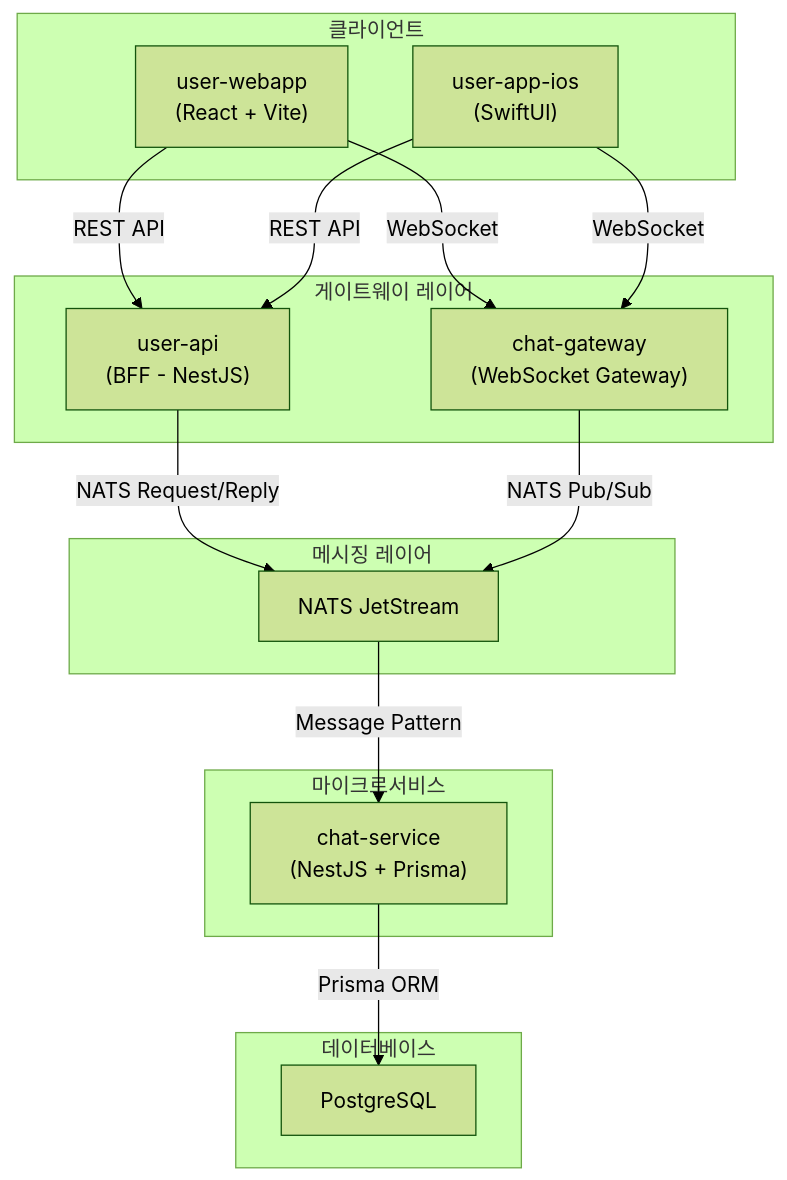
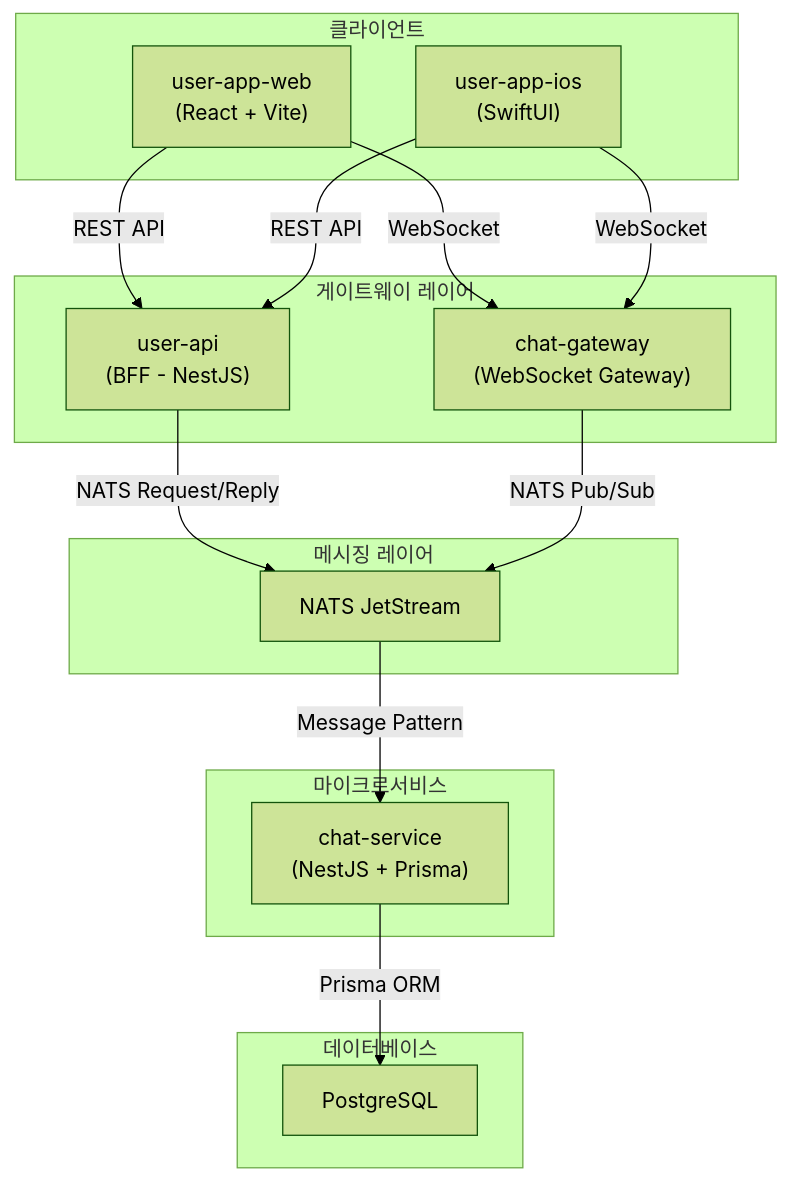
One commit to uniyous/parkgolf-platform changed the first of 14 diagrams in docs/CHAT_WORKFLOW.md. Above: the diagram before and after it, drawn with Mermaid (forest theme). The commit also changed other lines of this file and 124 other files, not shown here.

First line of the commit message:
refactor: user-webapp → user-app-web 이름 변경

````diff
--- a/docs/CHAT_WORKFLOW.md
+++ b/docs/CHAT_WORKFLOW.md
@@ -19,35 +19,35 @@
 ```mermaid
 flowchart TB
     subgraph Clients["클라이언트"]
-        WEB["user-webapp<br/>(React + Vite)"]
+        WEB["user-app-web<br/>(React + Vite)"]
         IOS["user-app-ios<br/>(SwiftUI)"]
     end
 
     subgraph Gateway["게이트웨이 레이어"]
         BFF["user-api<br/>(BFF - NestJS)"]
         WSG["chat-gateway<br/>(WebSocket Gateway)"]
     end
 
     subgraph Messaging["메시징 레이어"]
         NATS["NATS JetStream"]
     end
 
     subgraph Services["마이크로서비스"]
         CHAT["chat-service<br/>(NestJS + Prisma)"]
     end
 
     subgraph Database["데이터베이스"]
         PG["PostgreSQL"]
     end
 
     WEB -->|REST API| BFF
     IOS -->|REST API| BFF
     WEB -->|WebSocket| WSG
     IOS -->|WebSocket| WSG
 
     BFF -->|NATS Request/Reply| NATS
     WSG -->|NATS Pub/Sub| NATS
 
     NATS -->|Message Pattern| CHAT
     CHAT -->|Prisma ORM| PG
 ```
````
